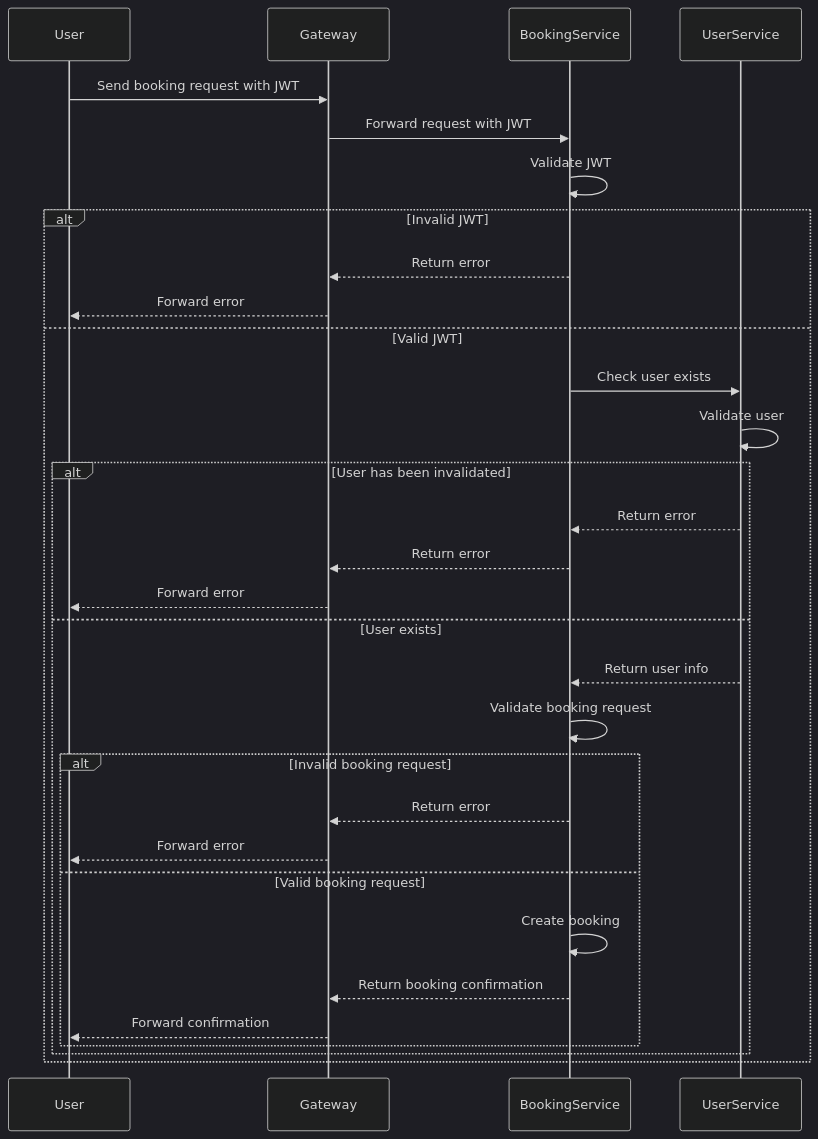
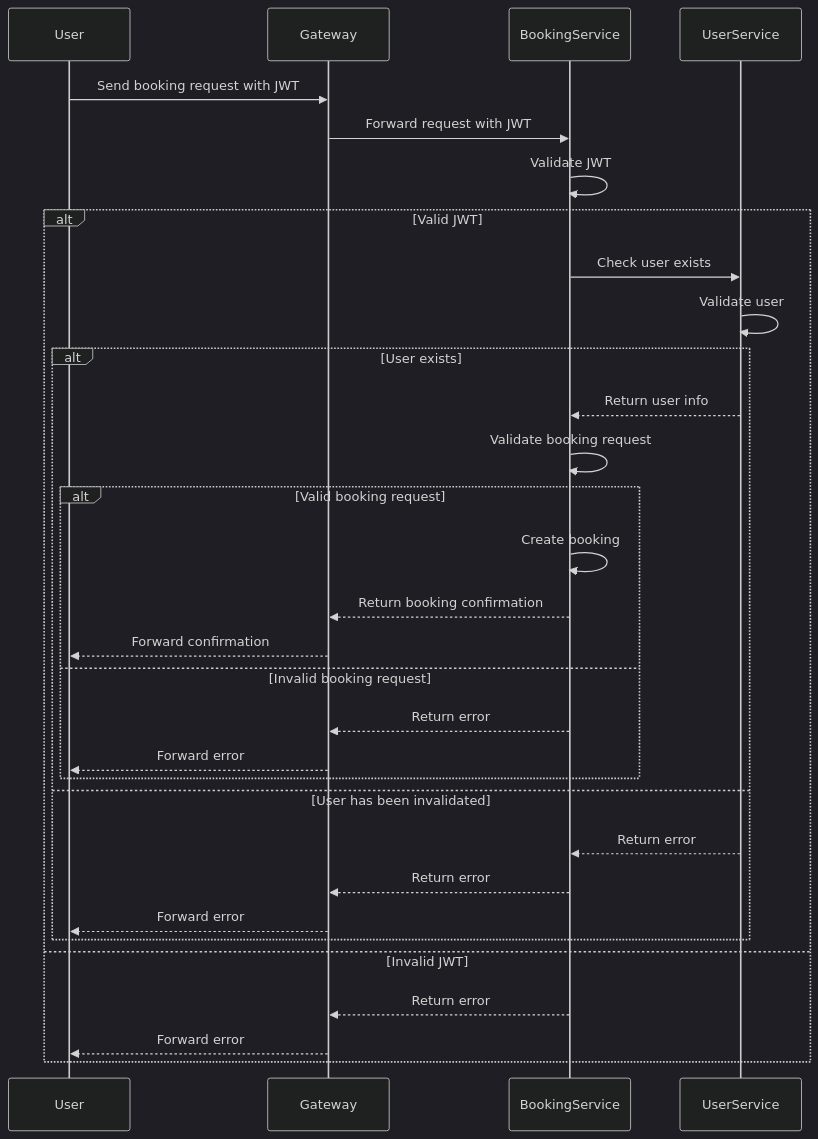
The third of 3 diagrams in README.md (chas-fjax25-molle/microservices), drawn with Mermaid (dark theme) before and after one commit.

Commit message:
Updated diagram to follow happy path convention

````diff
--- a/README.md
+++ b/README.md
@@ -54,35 +54,35 @@
 ```mermaid
 sequenceDiagram
     participant User
     participant Gateway
     participant BookingService
     participant UserService
 
     User->>Gateway: Send booking request with JWT
     Gateway->>BookingService: Forward request with JWT
     BookingService->>BookingService: Validate JWT
-    alt Invalid JWT
-        BookingService-->>Gateway: Return error
-        Gateway-->>User: Forward error
-    else Valid JWT
+    alt Valid JWT
         BookingService->>UserService: Check user exists
         UserService->>UserService: Validate user
-        alt User has been invalidated
+        alt User exists
+            UserService-->>BookingService: Return user info
+            BookingService->>BookingService: Validate booking request
+            alt Valid booking request
+                BookingService->>BookingService: Create booking
+                BookingService-->>Gateway: Return booking confirmation
+                Gateway-->>User: Forward confirmation
+            else Invalid booking request
+                BookingService-->>Gateway: Return error
+                Gateway-->>User: Forward error
+            end
+        else User has been invalidated
             UserService-->>BookingService: Return error
             BookingService-->>Gateway: Return error
             Gateway-->>User: Forward error
-        else User exists
-            UserService-->>BookingService: Return user info
-            BookingService->>BookingService: Validate booking request
-            alt Invalid booking request
-                BookingService-->>Gateway: Return error
-                Gateway-->>User: Forward error
-            else Valid booking request
-                BookingService->>BookingService: Create booking
-                BookingService-->>Gateway: Return booking confirmation
-                Gateway-->>User: Forward confirmation
-            end
         end
+    else Invalid JWT
+        BookingService-->>Gateway: Return error
+        Gateway-->>User: Forward error
     end
 
 ```
````
